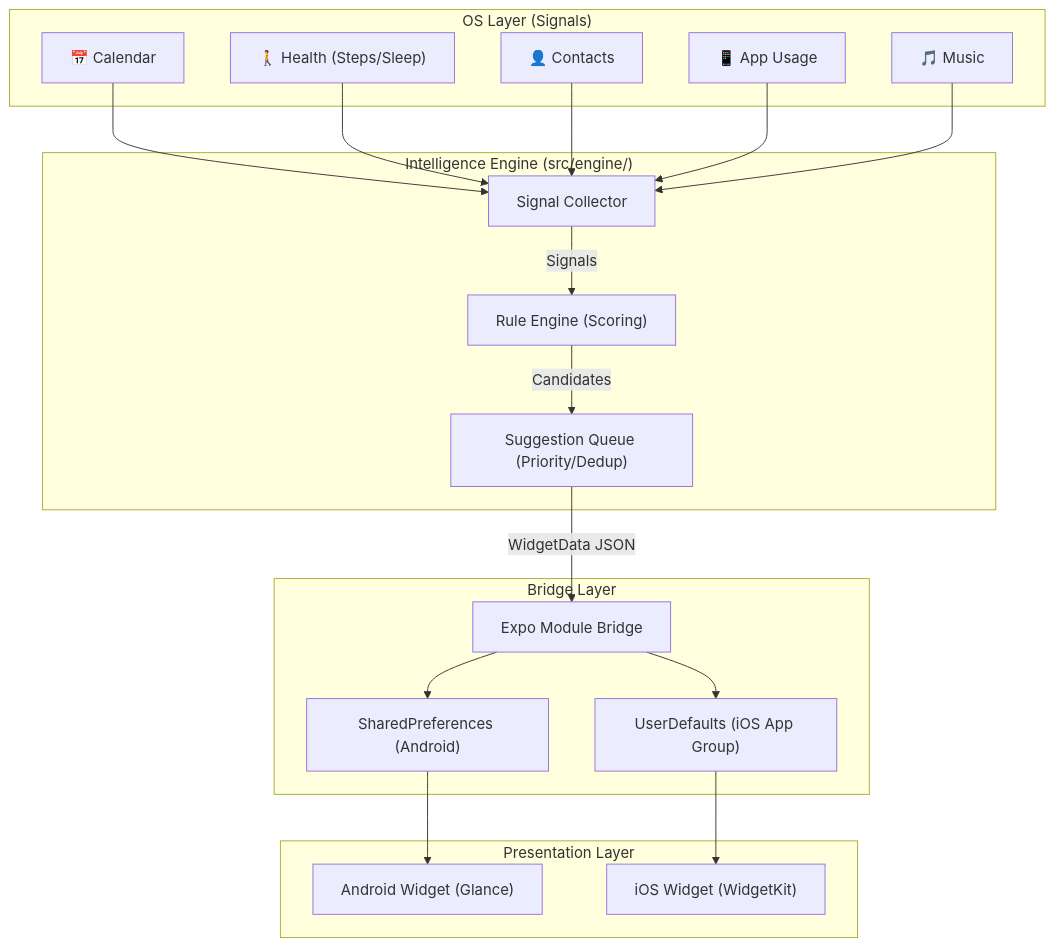
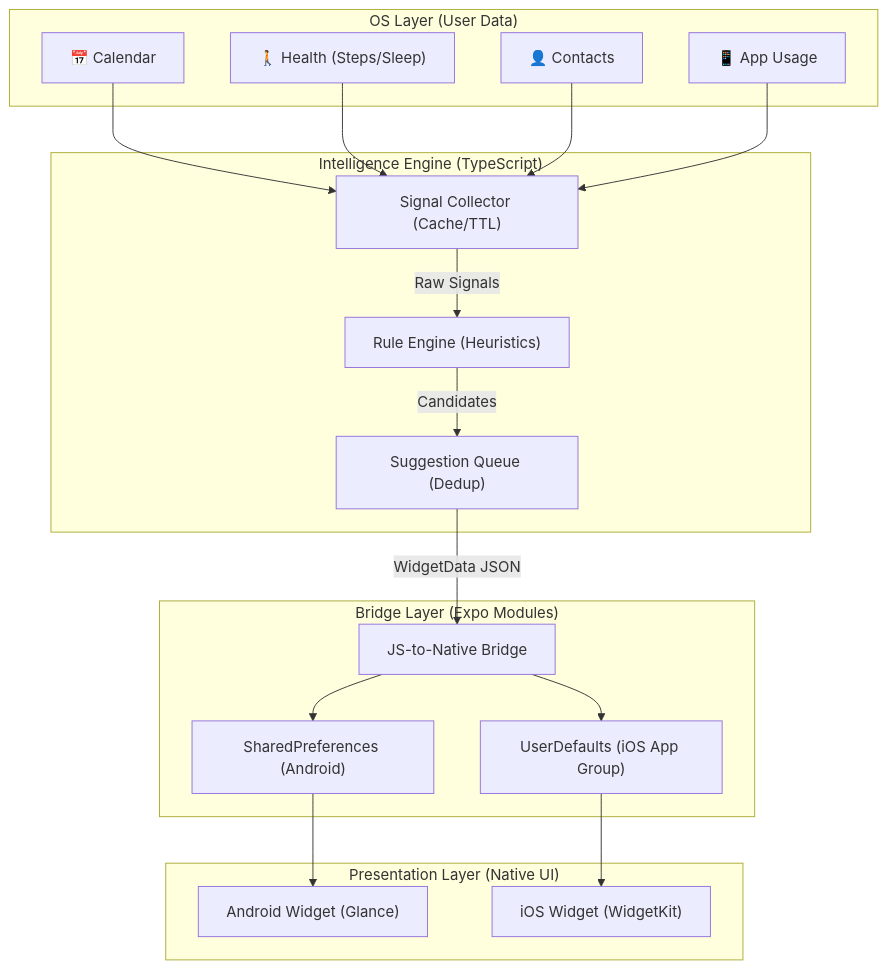
One commit to Galabavamsi/rumikai changed the first of 2 diagrams in README.md. Above: the diagram before and after it, drawn with Mermaid. The commit also changed other lines of this file and 4 other files, not shown here.

````diff
--- a/README.md
+++ b/README.md
@@ -17,36 +49,35 @@
 ```mermaid
 graph TD
-    subgraph "OS Layer (Signals)"
+    subgraph "OS Layer (User Data)"
         Cal["📅 Calendar"]
         Hea["🚶 Health (Steps/Sleep)"]
         Con["👤 Contacts"]
         App["📱 App Usage"]
-        Mus["🎵 Music"]
     end
 
-    subgraph "Intelligence Engine (src/engine/)"
-        SC["Signal Collector"]
-        RE["Rule Engine (Scoring)"]
-        SQ["Suggestion Queue (Priority/Dedup)"]
+    subgraph "Intelligence Engine (TypeScript)"
+        SC["Signal Collector (Cache/TTL)"]
+        RE["Rule Engine (Heuristics)"]
+        SQ["Suggestion Queue (Dedup)"]
     end
 
-    subgraph "Bridge Layer"
-        EB["Expo Module Bridge"]
+    subgraph "Bridge Layer (Expo Modules)"
+        EB["JS-to-Native Bridge"]
         SP["SharedPreferences (Android)"]
         UD["UserDefaults (iOS App Group)"]
     end
 
-    subgraph "Presentation Layer"
+    subgraph "Presentation Layer (Native UI)"
         Android["Android Widget (Glance)"]
         iOS["iOS Widget (WidgetKit)"]
     end
 
     %% Data Flow
-    Cal & Hea & Con & App & Mus --> SC
-    SC -->|Signals| RE
+    Cal & Hea & Con & App --> SC
+    SC -->|Raw Signals| RE
     RE -->|Candidates| SQ
     SQ -->|WidgetData JSON| EB
     EB --> SP & UD
     SP --> Android
     UD --> iOS
 ```
````
